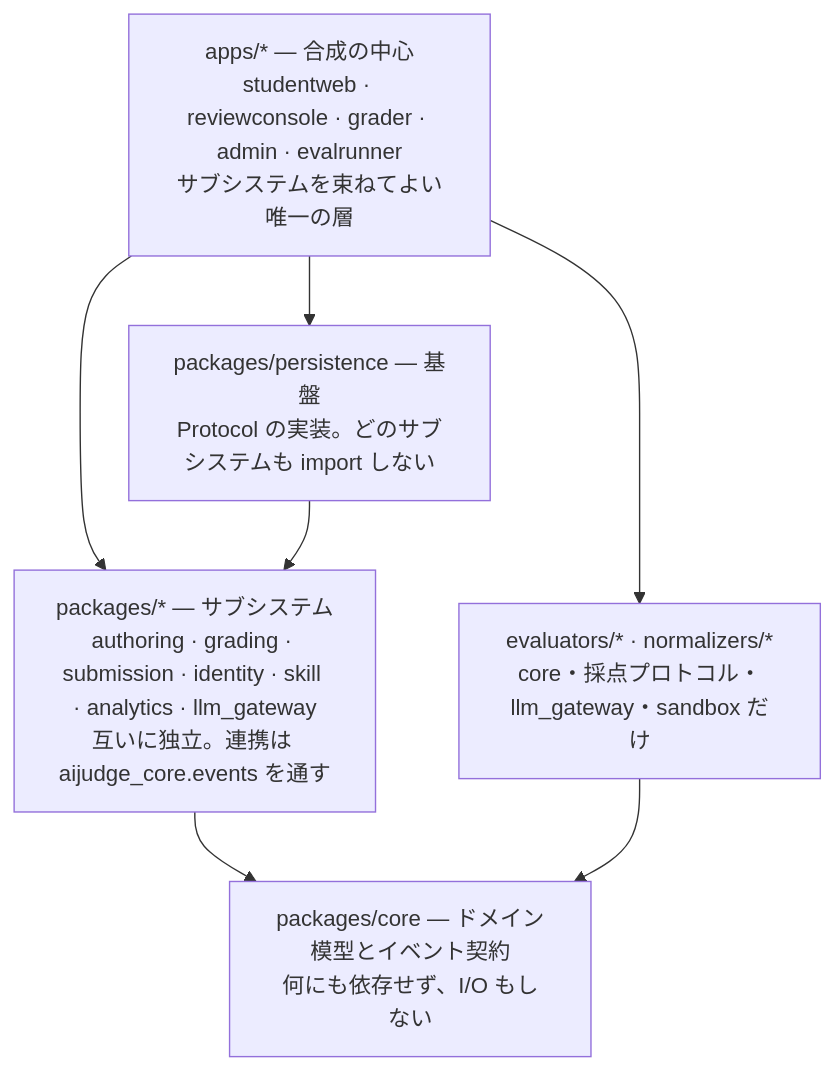
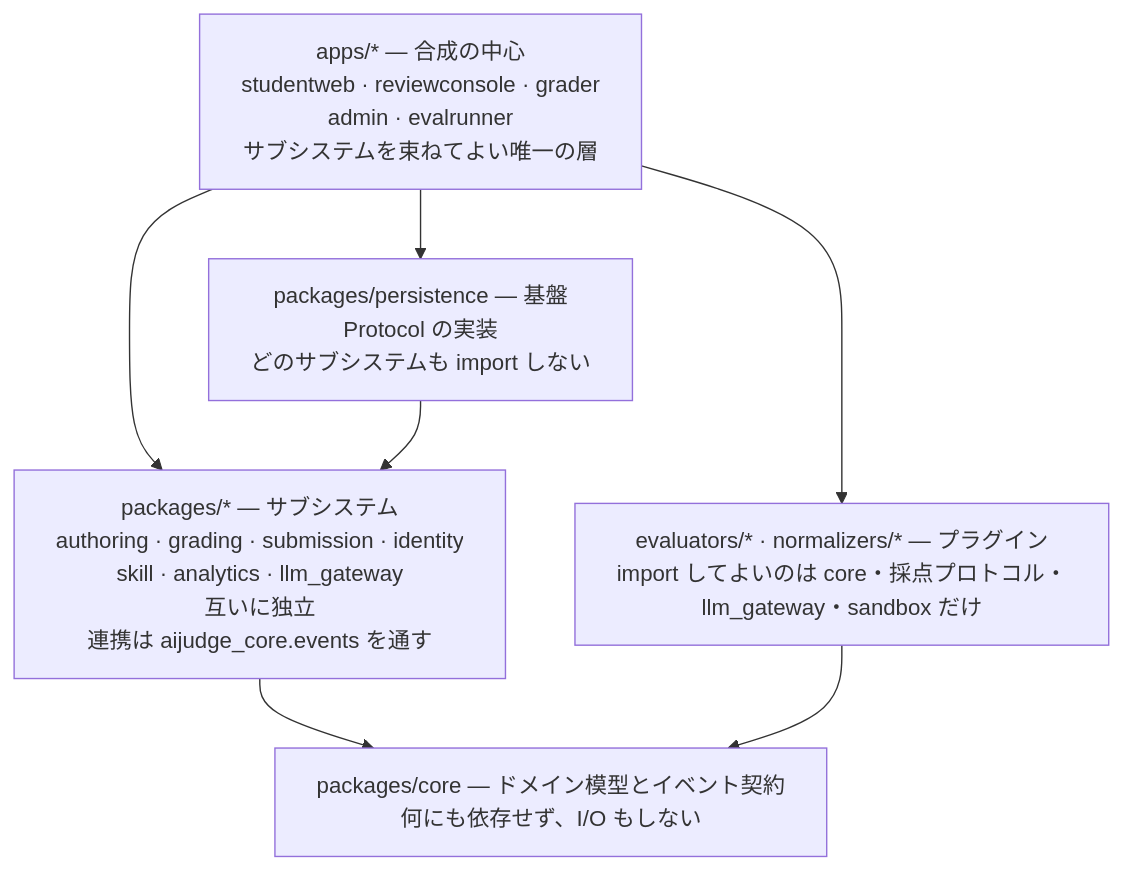
One commit to sanoakr/aijudge changed the third of 4 diagrams in README.ja.md. Above: the diagram before and after it, drawn with Mermaid. The commit also changed other lines of this file and 1 other file, not shown here.

First line of the commit message:
docs: fix the wrapping and layout of the two boundary diagrams

````diff
--- a/README.ja.md
+++ b/README.ja.md
@@ -245,15 +245,16 @@
 ```mermaid
+%%{init: {"flowchart": {"wrappingWidth": 460}} }%%
 flowchart TB
-    APPS["apps/* — 合成の中心<br/>studentweb · reviewconsole · grader · admin · evalrunner<br/>サブシステムを束ねてよい唯一の層"]
-    SUBS["packages/* — サブシステム<br/>authoring · grading · submission · identity · skill · analytics · llm_gateway<br/>互いに独立。連携は aijudge_core.events を通す"]
+    APPS["apps/* — 合成の中心<br/>studentweb · reviewconsole · grader<br/>admin · evalrunner<br/>サブシステムを束ねてよい唯一の層"]
+    INFRA["packages/persistence — 基盤<br/>Protocol の実装<br/>どのサブシステムも import しない"]
+    PLUG["evaluators/* · normalizers/* — プラグイン<br/>import してよいのは core・採点プロトコル・<br/>llm_gateway・sandbox だけ"]
+    SUBS["packages/* — サブシステム<br/>authoring · grading · submission · identity<br/>skill · analytics · llm_gateway<br/>互いに独立<br/>連携は aijudge_core.events を通す"]
     CORE["packages/core — ドメイン模型とイベント契約<br/>何にも依存せず、I/O もしない"]
-    INFRA["packages/persistence — 基盤<br/>Protocol の実装。どのサブシステムも import しない"]
-    PLUG["evaluators/* · normalizers/*<br/>core・採点プロトコル・llm_gateway・sandbox だけ"]
 
     APPS --> SUBS
     APPS --> INFRA
     APPS --> PLUG
     SUBS --> CORE
     PLUG --> CORE
     INFRA --> SUBS
 ```
````
